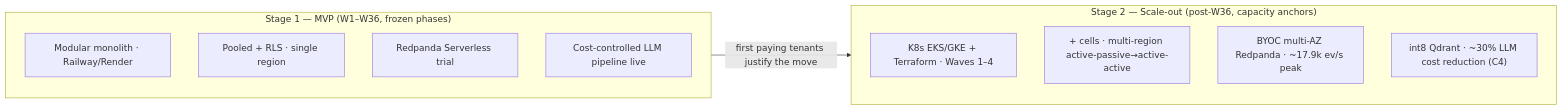
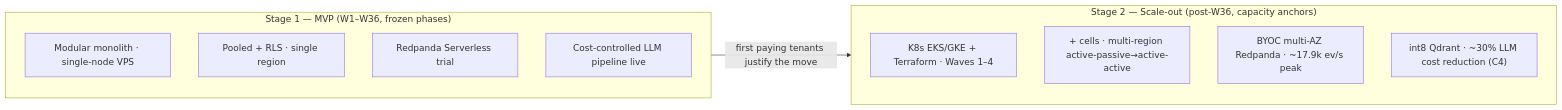
One commit to Mytheus-AI/mytheus-docs changed the fifth of 6 diagrams in 22-roadmap-and-phasing.md. Above: the diagram before and after it, drawn with Mermaid. The commit also changed other lines of this file and 14 other files, not shown here.

First line of the commit message:
docs: sweep the struck Railway/Render substrate, and fix two fictional repo maps

````diff
--- a/22-roadmap-and-phasing.md
+++ b/22-roadmap-and-phasing.md
@@ -239,18 +239,18 @@
 ```mermaid
 flowchart LR
   subgraph S1["Stage 1 — MVP (W1–W36, frozen phases)"]
     direction TB
-    A["Modular monolith · Railway/Render"]
+    A["Modular monolith · single-node VPS"]
     B["Pooled + RLS · single region"]
     C["Redpanda Serverless trial"]
     D["Cost-controlled LLM pipeline live"]
   end
   subgraph S2["Stage 2 — Scale-out (post-W36, capacity anchors)"]
     direction TB
     E["K8s EKS/GKE + Terraform · Waves 1–4"]
     F["+ cells · multi-region active-passive→active-active"]
     G["BYOC multi-AZ Redpanda · ~17.9k ev/s peak"]
     H["int8 Qdrant · ~30% LLM cost reduction (C4)"]
   end
   S1 -->|"first paying tenants justify the move"| S2
 ```
````
